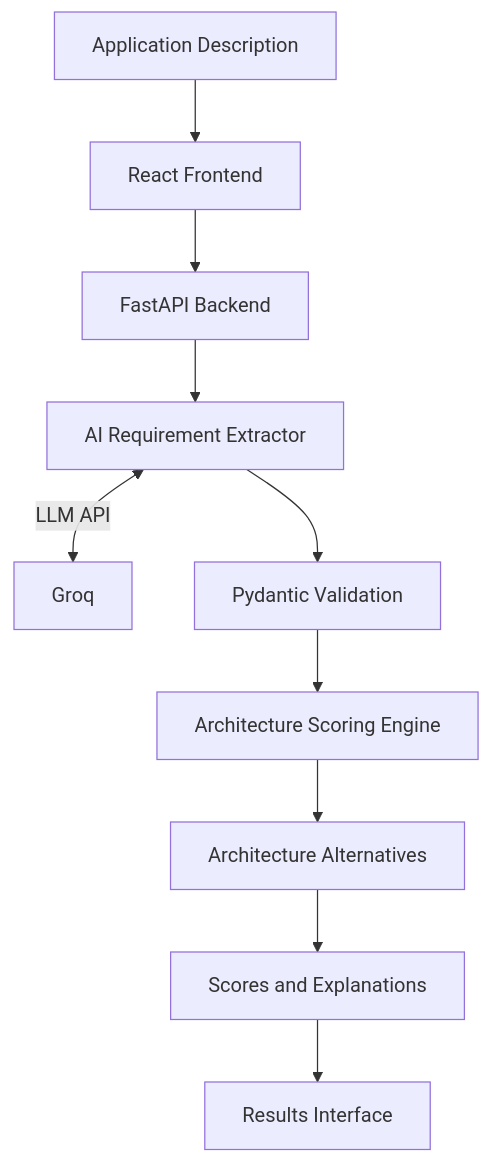
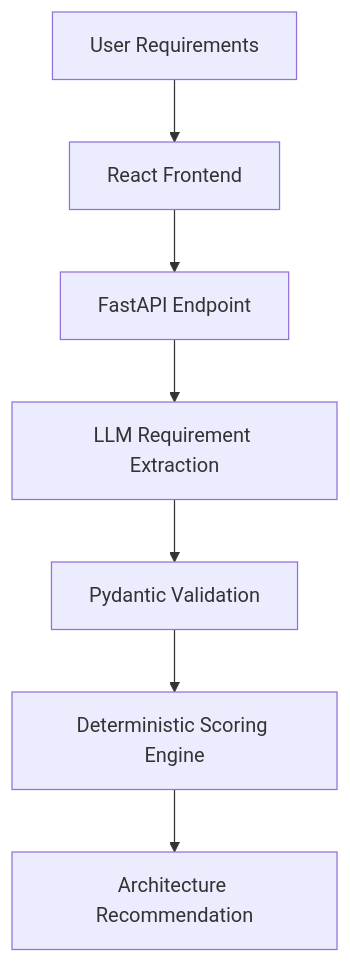
The first of 2 diagrams in README.md (RiyaJadhav01/ArchPilot-ai-architecture-decision-engine), drawn with Mermaid before and after one commit. The commit also changed other lines of this file, not shown here.

````diff
--- a/README.md
+++ b/README.md
@@ -132,12 +132,11 @@
 ```mermaid
+
 flowchart TD
-    A["Application Description"] --> B["React Frontend"]
-    B --> C["FastAPI Backend"]
-    C --> D["AI Requirement Extractor"]
-    D <-->|"LLM API"| E["Groq"]
-    D --> F["Pydantic Validation"]
-    F --> G["Architecture Scoring Engine"]
-    G --> H["Architecture Alternatives"]
-    H --> I["Scores and Explanations"]
-    I --> J["Results Interface"]
+    A[User Requirements] --> B[React Frontend]
+    B --> C[FastAPI Endpoint]
+    C --> D[LLM Requirement Extraction]
+    D --> E[Pydantic Validation]
+    E --> F[Deterministic Scoring Engine]
+    F --> G[Architecture Recommendation]
+
 ```
````
